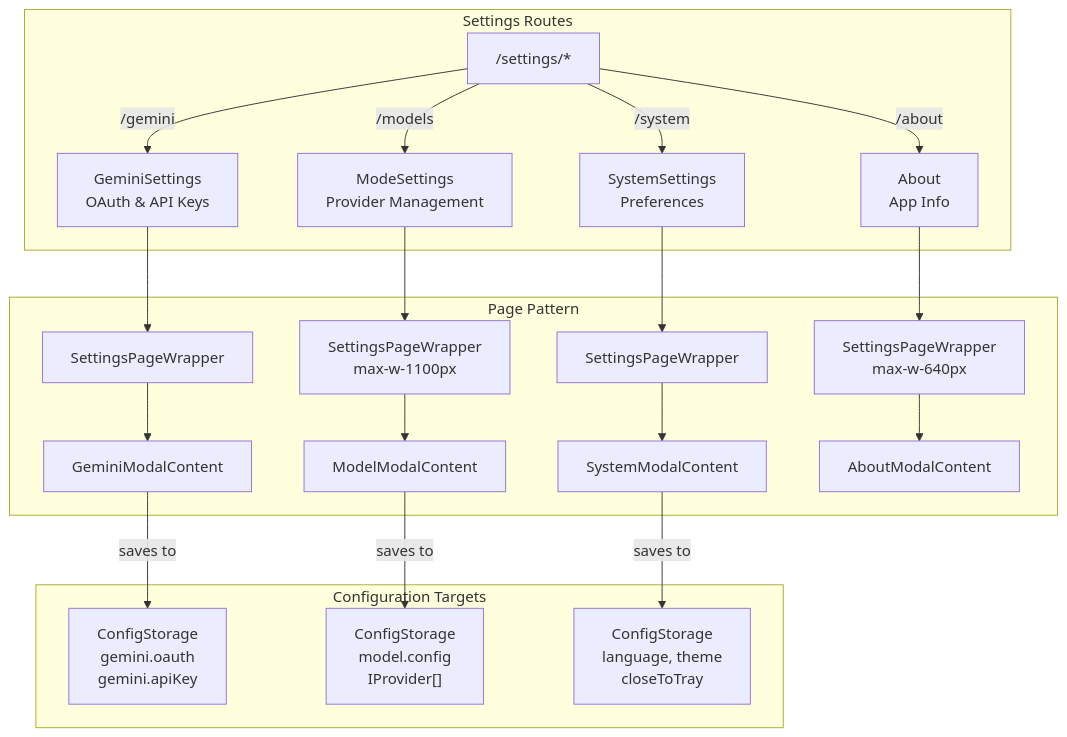
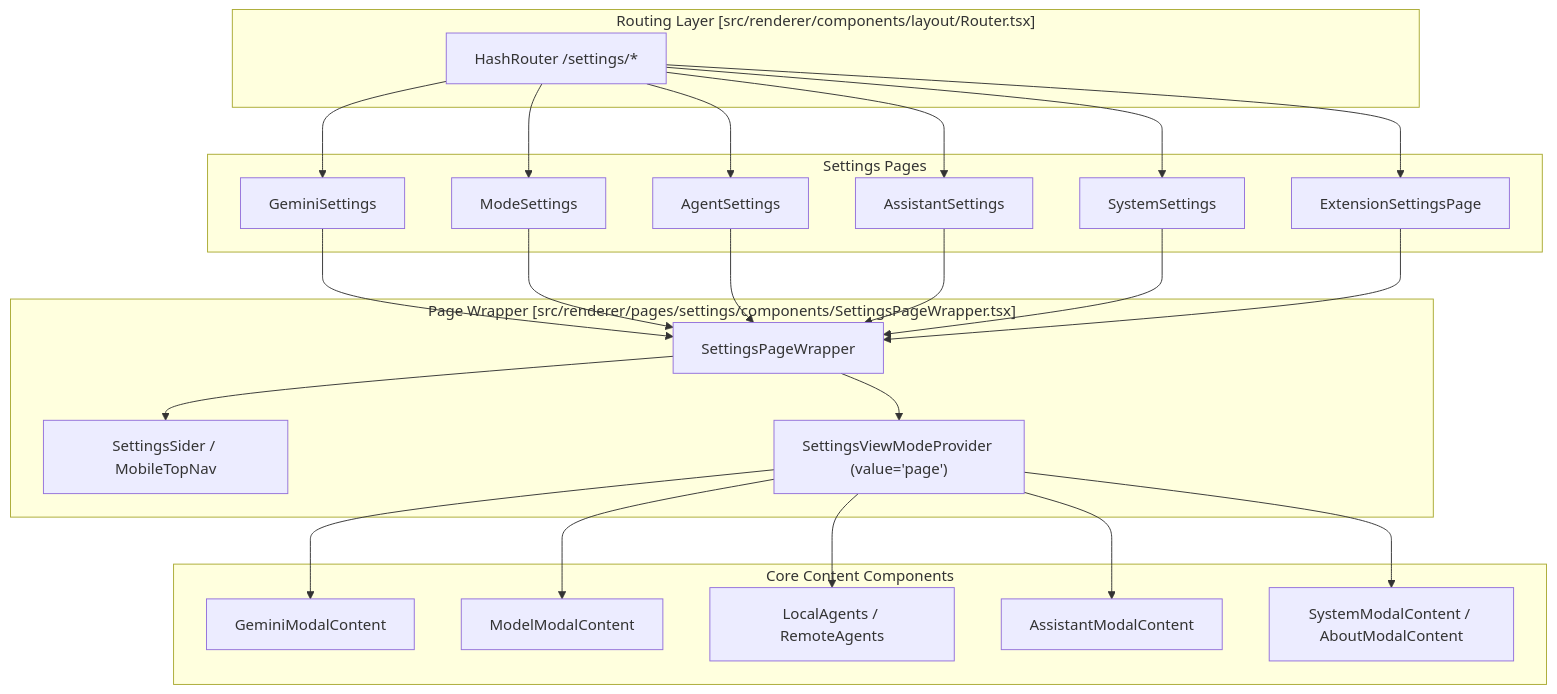
The first of 2 diagrams in docs/iOfficeAI_AionUi/user-interface/settings-interface.md (blackcater/zentree), drawn with Mermaid before and after one commit. The commit also changed other lines of this file and 232 other files, not shown here.

````diff
--- a/docs/iOfficeAI_AionUi/user-interface/settings-interface.md
+++ b/docs/iOfficeAI_AionUi/user-interface/settings-interface.md
@@ -35,28 +32,41 @@
 ```mermaid
 graph TB
-    subgraph "Settings Routes"
-        ROUTES["/settings/*"]
-        ROUTES -->|"/gemini"| GEMINI["GeminiSettings<br/>OAuth & API Keys"]
-        ROUTES -->|"/models"| MODELS["ModeSettings<br/>Provider Management"]
-        ROUTES -->|"/system"| SYSTEM["SystemSettings<br/>Preferences"]
-        ROUTES -->|"/about"| ABOUT["About<br/>App Info"]
+    subgraph "Routing Layer [src/renderer/components/layout/Router.tsx]"
+        R["HashRouter /settings/*"]
     end
 
-    subgraph "Page Pattern"
-        GEMINI --> WRAPPER1["SettingsPageWrapper"]
-        MODELS --> WRAPPER2["SettingsPageWrapper<br/>max-w-1100px"]
-        SYSTEM --> WRAPPER3["SettingsPageWrapper"]
-        ABOUT --> WRAPPER4["SettingsPageWrapper<br/>max-w-640px"]
-
-        WRAPPER1 --> GCONTENT["GeminiModalContent"]
-        WRAPPER2 --> MCONTENT["ModelModalContent"]
-        WRAPPER3 --> SCONTENT["SystemModalContent"]
-        WRAPPER4 --> ACONTENT["AboutModalContent"]
+    subgraph "Page Wrapper [src/renderer/pages/settings/components/SettingsPageWrapper.tsx]"
+        W["SettingsPageWrapper"]
+        S["SettingsSider / MobileTopNav"]
+        C["SettingsViewModeProvider (value='page')"]
     end
 
-    subgraph "Configuration Targets"
-        GCONTENT -->|saves to| GCONFIG["ConfigStorage<br/>gemini.oauth<br/>gemini.apiKey"]
-        MCONTENT -->|saves to| MCONFIG["ConfigStorage<br/>model.config<br/>IProvider[]"]
-        SCONTENT -->|saves to| SCONFIG["ConfigStorage<br/>language, theme<br/>closeToTray"]
+    subgraph "Settings Pages"
+        GEMINI["GeminiSettings"]
+        MODELS["ModeSettings"]
+        AGENTS["AgentSettings"]
+        ASSISTANTS["AssistantSettings"]
+        SYSTEM["SystemSettings"]
+        EXT["ExtensionSettingsPage"]
     end
+
+    subgraph "Core Content Components"
+        G_CONT["GeminiModalContent"]
+        M_CONT["ModelModalContent"]
+        A_CONT["LocalAgents / RemoteAgents"]
+        AS_CONT["AssistantModalContent"]
+        S_CONT["SystemModalContent / AboutModalContent"]
+    end
+
+    R --> GEMINI & MODELS & AGENTS & ASSISTANTS & SYSTEM & EXT
+    GEMINI --> W
+    MODELS --> W
+    AGENTS --> W
+    ASSISTANTS --> W
+    SYSTEM --> W
+    EXT --> W
+
+    W --> S
+    W --> C
+    C --> G_CONT & M_CONT & A_CONT & AS_CONT & S_CONT
 ```
````
